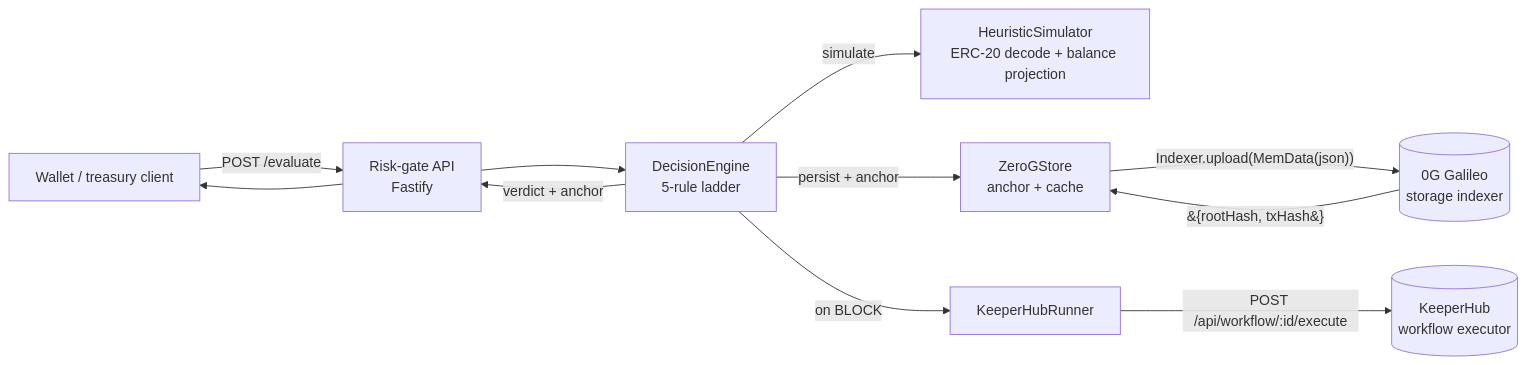
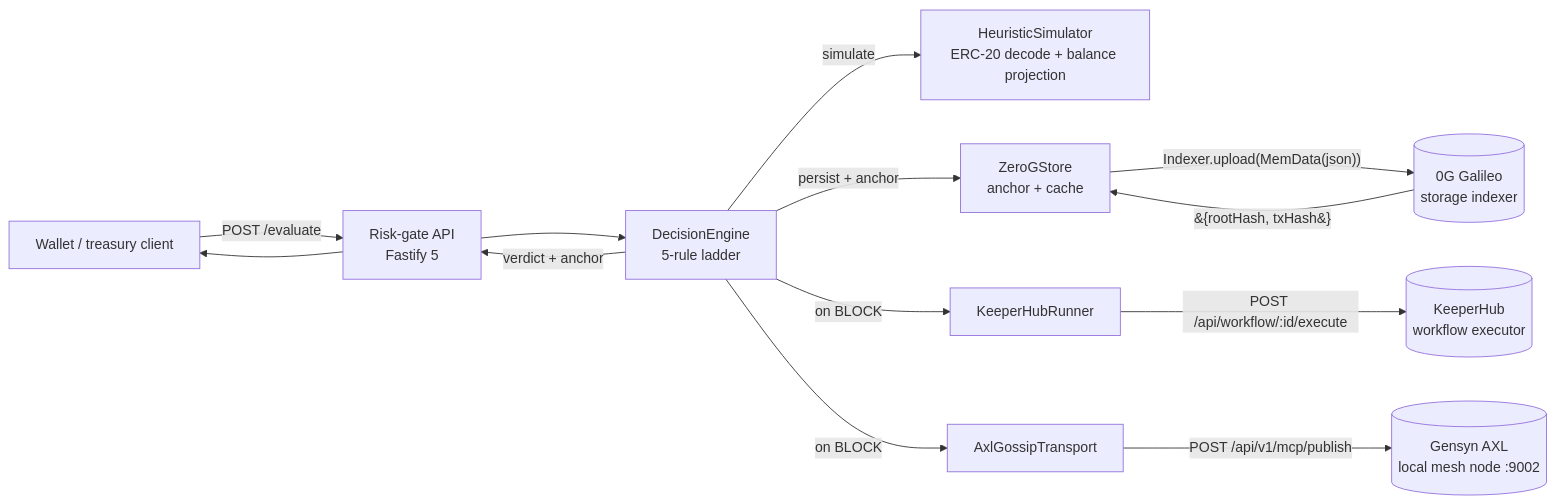
Before and after one commit to AnkanMisra/ChainShield: the diagram in README.md, drawn with Mermaid. The commit also changed other lines of this file, not shown here.

````diff
--- a/README.md
+++ b/README.md
@@ -44,22 +99,26 @@
 ```mermaid
 flowchart LR
     Caller[Wallet / treasury client]
-    API[Risk-gate API<br/>Fastify]
+    API[Risk-gate API<br/>Fastify 5]
     Engine[DecisionEngine<br/>5-rule ladder]
     Sim[HeuristicSimulator<br/>ERC-20 decode + balance projection]
     Store[ZeroGStore<br/>anchor + cache]
     Playbook[KeeperHubRunner]
+    Gossip[AxlGossipTransport]
     ZG[(0G Galileo<br/>storage indexer)]
     KH[(KeeperHub<br/>workflow executor)]
+    AXL[(Gensyn AXL<br/>local mesh node :9002)]
 
     Caller -->|POST /evaluate| API
     API --> Engine
     Engine -->|simulate| Sim
     Engine -->|persist + anchor| Store
     Store -->|"Indexer.upload(MemData(json))"| ZG
     ZG -->|"&#123;rootHash, txHash&#125;"| Store
     Engine -->|on BLOCK| Playbook
     Playbook -->|"POST /api/workflow/:id/execute"| KH
+    Engine -->|on BLOCK| Gossip
+    Gossip -->|"POST /api/v1/mcp/publish"| AXL
     Engine -->|verdict + anchor| API
     API --> Caller
 ```
````
